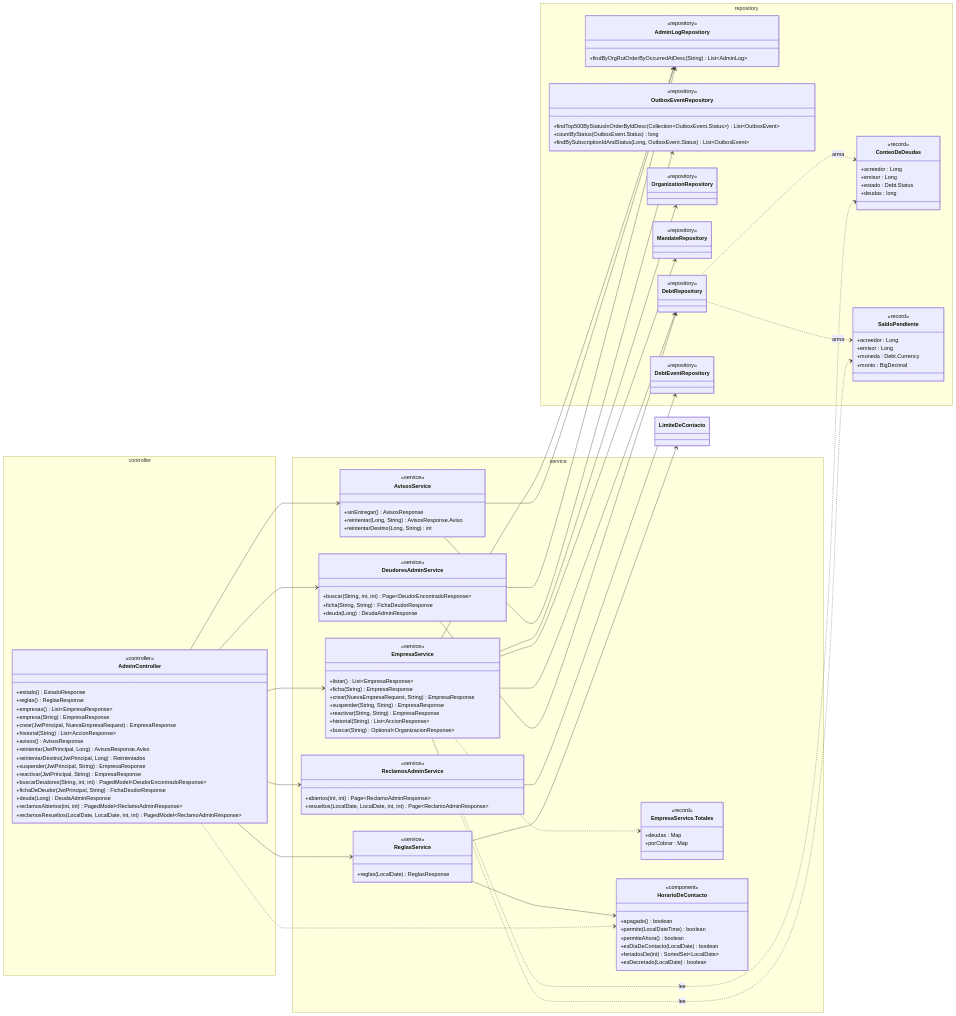
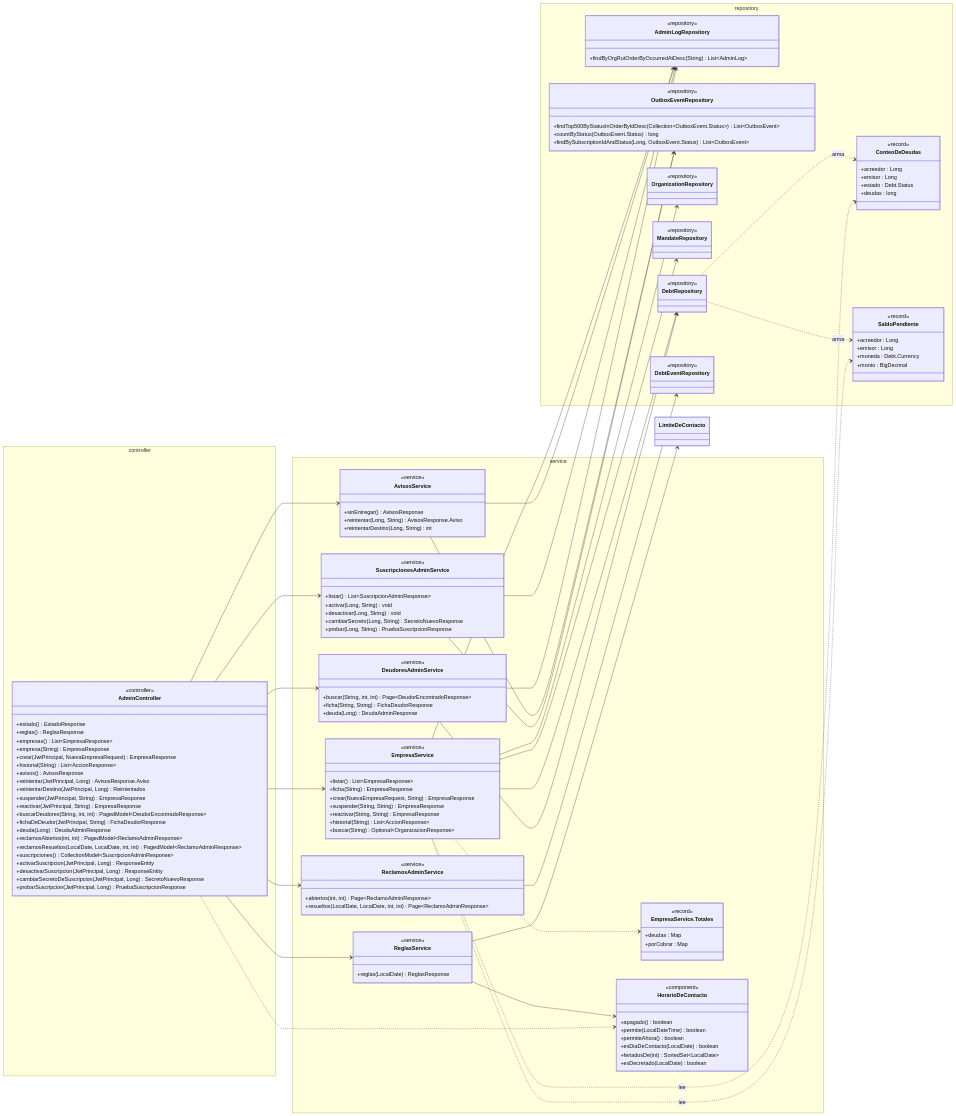
The tenth of 18 diagrams in docs/diagramas/clases.md (TechnicalBridge/DataBridge), drawn with Mermaid before and after one commit. The commit also changed other lines of this file and 25 other files, not shown here.

```diff
--- a/docs/diagramas/clases.md
+++ b/docs/diagramas/clases.md
@@ -1885,6 +1889,11 @@
             +deuda(Long) DeudaAdminResponse
             +reclamosAbiertos(int, int) PagedModel~ReclamoAdminResponse~
             +reclamosResueltos(LocalDate, LocalDate, int, int) PagedModel~ReclamoAdminResponse~
+            +suscripciones() CollectionModel~SuscripcionAdminResponse~
+            +activarSuscripcion(JwtPrincipal, Long) ResponseEntity
+            +desactivarSuscripcion(JwtPrincipal, Long) ResponseEntity
+            +cambiarSecretoDeSuscripcion(JwtPrincipal, Long) SecretoNuevoResponse
+            +probarSuscripcion(JwtPrincipal, Long) PruebaSuscripcionResponse
         }
     }
     namespace service {
@@ -1893,6 +1902,14 @@
             +buscar(String, int, int) Page~DeudorEncontradoResponse~
             +ficha(String, String) FichaDeudorResponse
             +deuda(Long) DeudaAdminResponse
+        }
+        class SuscripcionesAdminService {
+            <<service>>
+            +listar() List~SuscripcionAdminResponse~
+            +activar(Long, String) void
+            +desactivar(Long, String) void
+            +cambiarSecreto(Long, String) SecretoNuevoResponse
+            +probar(Long, String) PruebaSuscripcionResponse
         }
         class ReclamosAdminService {
             <<service>>
@@ -1982,6 +1999,9 @@
     DeudoresAdminService --> AdminLogRepository
     AdminController --> ReclamosAdminService
     ReclamosAdminService --> DebtEventRepository
+    AdminController --> SuscripcionesAdminService
+    SuscripcionesAdminService --> OutboxEventRepository
+    SuscripcionesAdminService --> AdminLogRepository
     AvisosService --> OutboxEventRepository
     AvisosService --> AdminLogRepository
     EmpresaService --> OrganizationRepository
```
